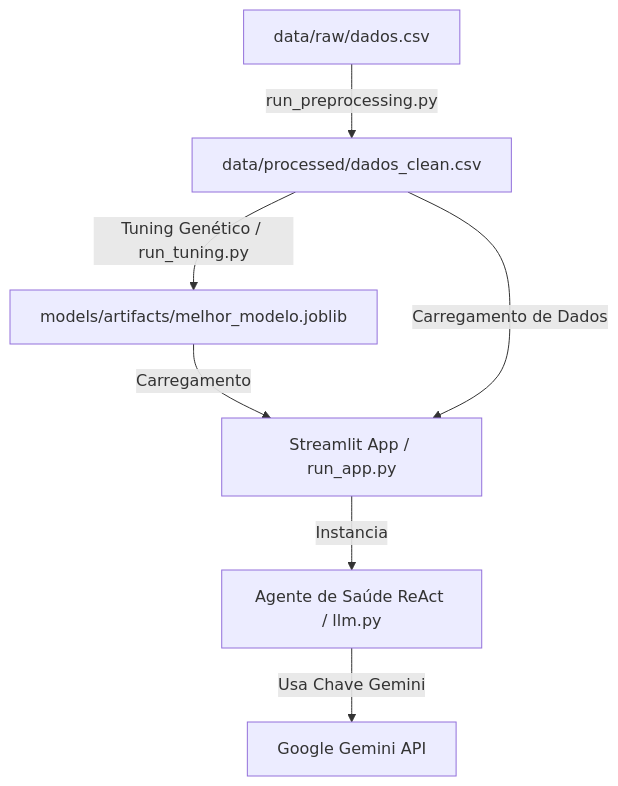
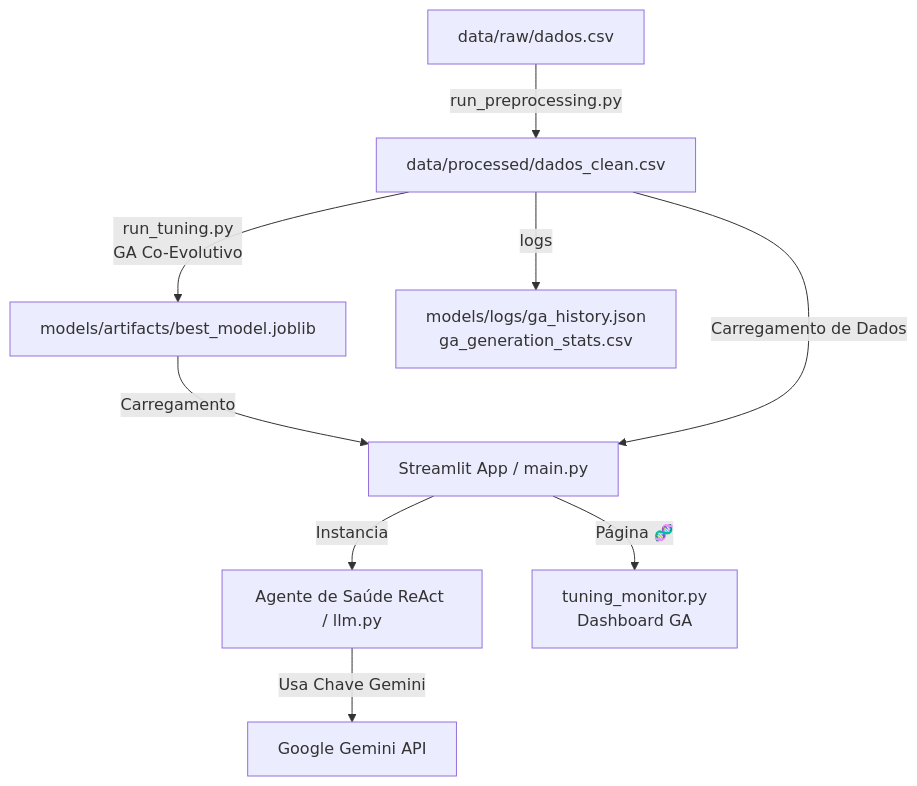
Before and after one commit to vagner-nascimento/fiap-pos-ia-para-devs-fase2-tech-challenge: the second of 2 diagrams in docs/architecture.md, drawn with Mermaid. The commit also changed other lines of this file and 19 other files, not shown here.

````diff
--- a/docs/architecture.md
+++ b/docs/architecture.md
@@ -120,9 +196,11 @@
 ```mermaid
 graph TD
     A[data/raw/dados.csv] -->|run_preprocessing.py| B[data/processed/dados_clean.csv]
-    B -->|Tuning Genético / run_tuning.py| C[models/artifacts/melhor_modelo.joblib]
-    C -->|Carregamento| D[Streamlit App / run_app.py]
+    B -->|run_tuning.py\nGA Co-Evolutivo| C[models/artifacts/best_model.joblib]
+    B -->|logs| D2[models/logs/ga_history.json\nga_generation_stats.csv]
+    C -->|Carregamento| D[Streamlit App / main.py]
     B -->|Carregamento de Dados| D
     D -->|Instancia| E[Agente de Saúde ReAct / llm.py]
-    E -->|Usa Chave Gemini| F[Google Gemini API]
+    D -->|Página 🧬| F[tuning_monitor.py\nDashboard GA]
+    E -->|Usa Chave Gemini| G[Google Gemini API]
 ```
````
